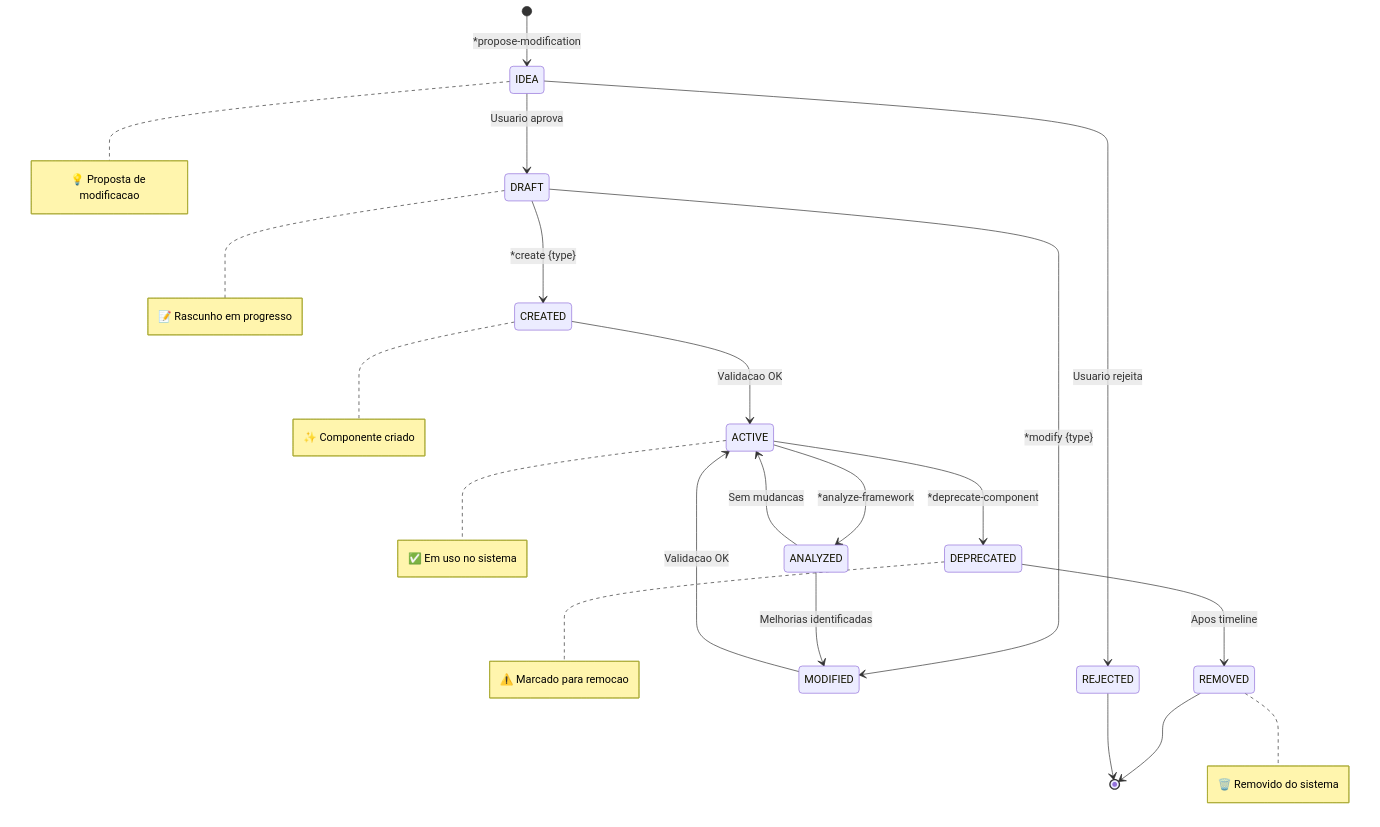
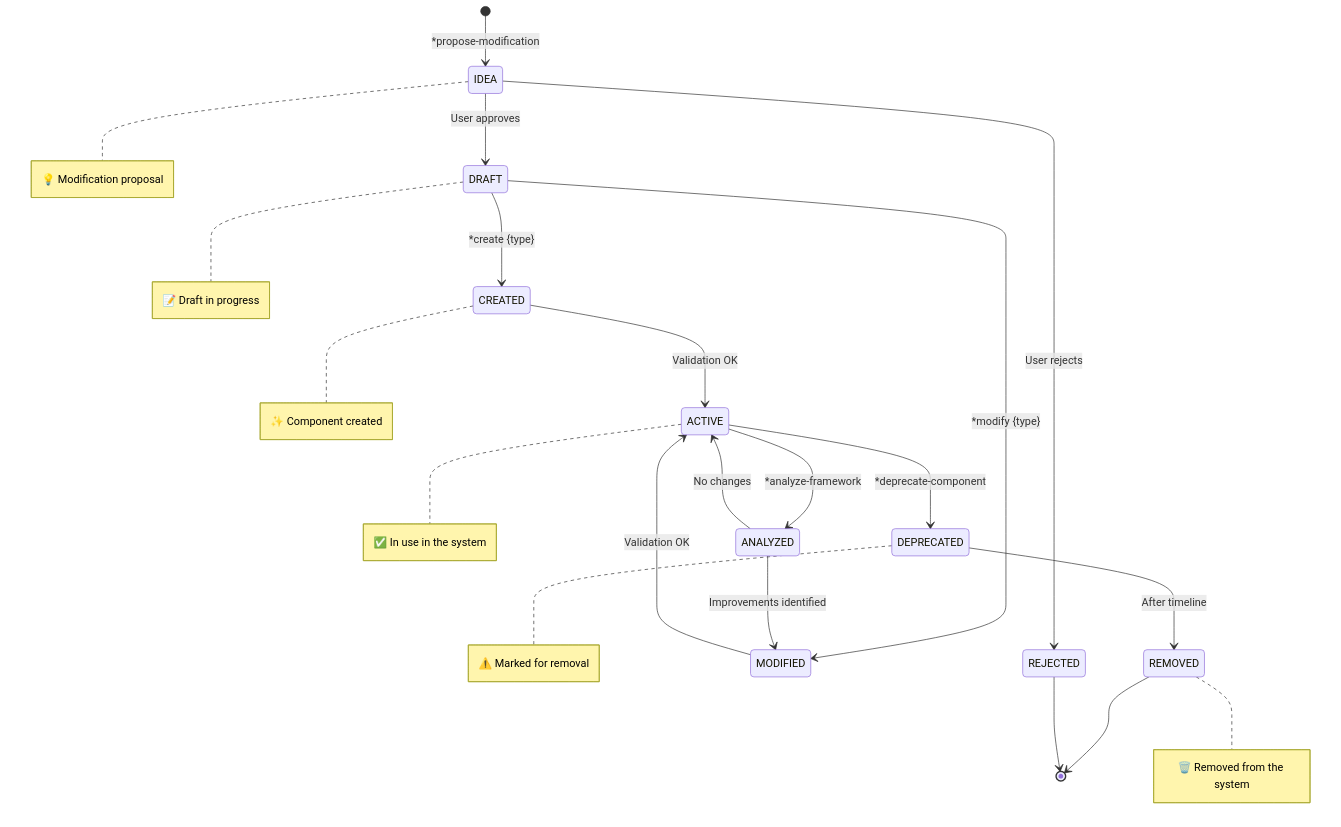
Before and after one commit to CyryxLabs/AEXOS: the second of 3 diagrams in docs/guides/agents/AEXOS-MASTER-SYSTEM.md, drawn with Mermaid. The commit also changed other lines of this file and 528 other files, not shown here.

````diff
--- a/docs/guides/agents/AEXOS-MASTER-SYSTEM.md
+++ b/docs/guides/agents/AEXOS-MASTER-SYSTEM.md
@@ -228,31 +228,31 @@
 ```mermaid
 stateDiagram-v2
     [*] --> IDEA: *propose-modification
 
-    IDEA --> DRAFT: Usuario aprova
-    IDEA --> REJECTED: Usuario rejeita
+    IDEA --> DRAFT: User approves
+    IDEA --> REJECTED: User rejects
 
     DRAFT --> CREATED: *create {type}
     DRAFT --> MODIFIED: *modify {type}
 
-    CREATED --> ACTIVE: Validacao OK
-    MODIFIED --> ACTIVE: Validacao OK
+    CREATED --> ACTIVE: Validation OK
+    MODIFIED --> ACTIVE: Validation OK
 
     ACTIVE --> ANALYZED: *analyze-framework
     ACTIVE --> DEPRECATED: *deprecate-component
 
-    ANALYZED --> MODIFIED: Melhorias identificadas
-    ANALYZED --> ACTIVE: Sem mudancas
+    ANALYZED --> MODIFIED: Improvements identified
+    ANALYZED --> ACTIVE: No changes
 
-    DEPRECATED --> REMOVED: Apos timeline
+    DEPRECATED --> REMOVED: After timeline
 
     REMOVED --> [*]
     REJECTED --> [*]
 
-    note right of IDEA: 💡 Proposta de modificacao
-    note right of DRAFT: 📝 Rascunho em progresso
-    note right of CREATED: ✨ Componente criado
-    note right of ACTIVE: ✅ Em uso no sistema
-    note right of DEPRECATED: ⚠️ Marcado para remocao
-    note right of REMOVED: 🗑️ Removido do sistema
+    note right of IDEA: 💡 Modification proposal
+    note right of DRAFT: 📝 Draft in progress
+    note right of CREATED: ✨ Component created
+    note right of ACTIVE: ✅ In use in the system
+    note right of DEPRECATED: ⚠️ Marked for removal
+    note right of REMOVED: 🗑️ Removed from the system
 ```
````
